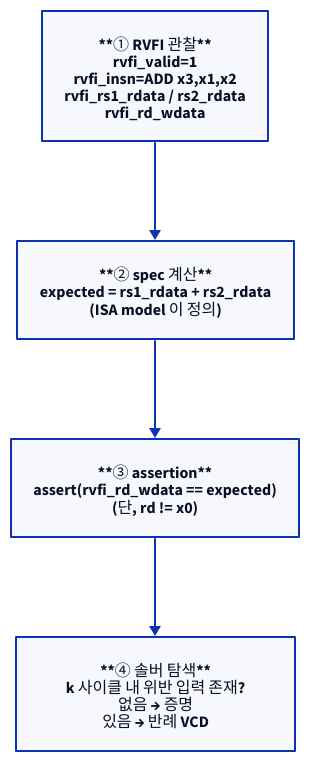
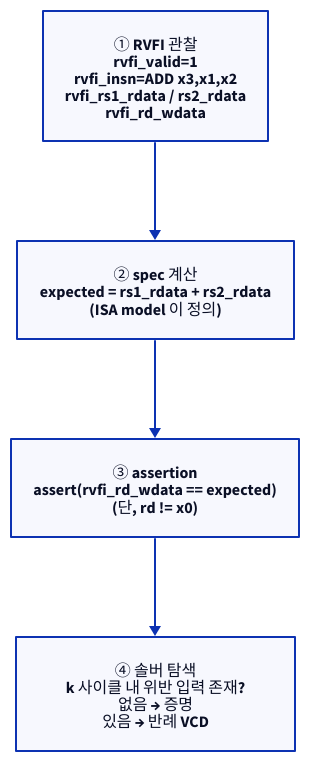
The second of 4 diagrams in starlight_site/src/content/docs/cpu_dv/06_riscv_formal.md (humbleowl39/DV_SKOOL), drawn with D2 before and after one commit. The commit also changed other lines of this file and 714 other files, not shown here.

First line of the commit message:
fix(site): d2 다이어그램 가독성 결함 6종 일괄 수정

````diff
--- a/starlight_site/src/content/docs/cpu_dv/06_riscv_formal.md
+++ b/starlight_site/src/content/docs/cpu_dv/06_riscv_formal.md
@@ -92,9 +92,9 @@
 ```d2
 direction: down
 
-S1: "**① RVFI 관찰**\nrvfi_valid=1\nrvfi_insn=ADD x3,x1,x2\nrvfi_rs1_rdata / rs2_rdata\nrvfi_rd_wdata"
-S2: "**② spec 계산**\nexpected = rs1_rdata + rs2_rdata\n(ISA model 이 정의)"
-S3: "**③ assertion**\nassert(rvfi_rd_wdata == expected)\n(단, rd != x0)"
-S4: "**④ 솔버 탐색**\nk 사이클 내 위반 입력 존재?\n없음 → 증명\n있음 → 반례 VCD"
+S1: "① RVFI 관찰\nrvfi_valid=1\nrvfi_insn=ADD x3,x1,x2\nrvfi_rs1_rdata / rs2_rdata\nrvfi_rd_wdata"
+S2: "② spec 계산\nexpected = rs1_rdata + rs2_rdata\n(ISA model 이 정의)"
+S3: "③ assertion\nassert(rvfi_rd_wdata == expected)\n(단, rd != x0)"
+S4: "④ 솔버 탐색\nk 사이클 내 위반 입력 존재?\n없음 → 증명\n있음 → 반례 VCD"
 S1 -> S2 -> S3 -> S4
 ```
````
